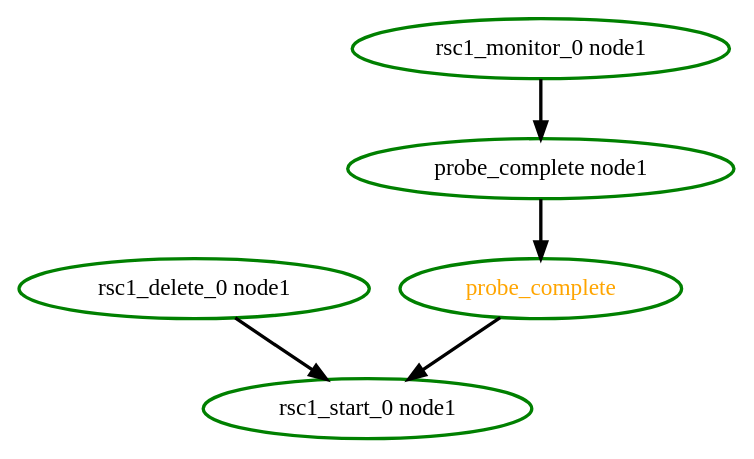
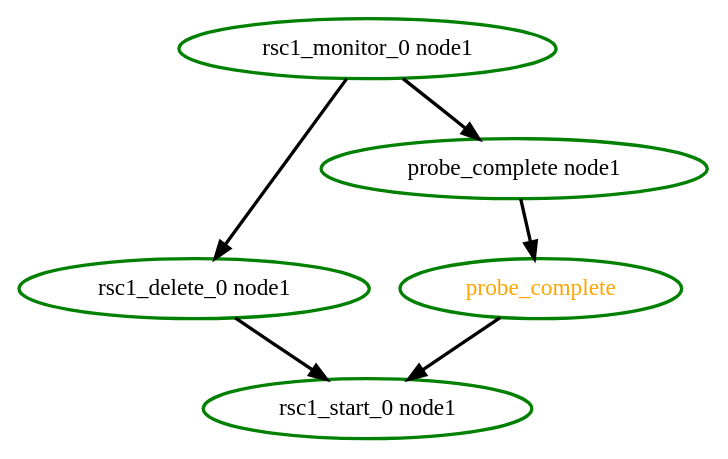
Before and after one commit to richiewen8/heartbeat: the diagram in crm/pengine/testcases/simple3.dot, drawn with Graphviz. The commit also changed 44 other files, not shown here.

```diff
--- a/crm/pengine/testcases/simple3.dot
+++ b/crm/pengine/testcases/simple3.dot
@@ -1,12 +1,13 @@
 digraph "g" {
 	size = "30,30"
 "rsc1_delete_0 node1" [ style=bold color="green" fontcolor="black" ]
 "probe_complete" [ style=bold color="green" fontcolor="orange" ]
 "probe_complete node1" [ style=bold color="green" fontcolor="black" ]
 "rsc1_monitor_0 node1" [ style=bold color="green" fontcolor="black" ]
 "rsc1_start_0 node1" [ style=bold color="green" fontcolor="black" ]
+"rsc1_monitor_0 node1" -> "rsc1_delete_0 node1" [ style = bold]
 "probe_complete node1" -> "probe_complete" [ style = bold]
 "rsc1_monitor_0 node1" -> "probe_complete node1" [ style = bold]
 "rsc1_delete_0 node1" -> "rsc1_start_0 node1" [ style = bold]
 "probe_complete" -> "rsc1_start_0 node1" [ style = bold]
 }
```
